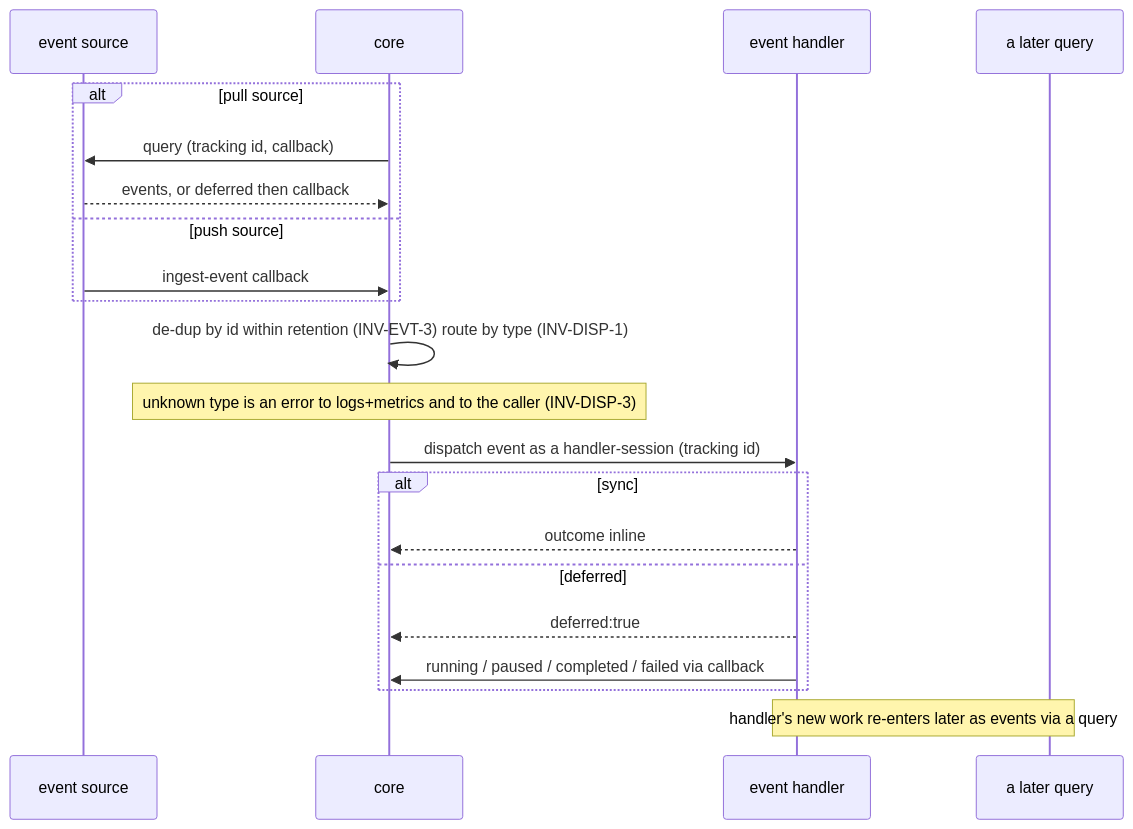
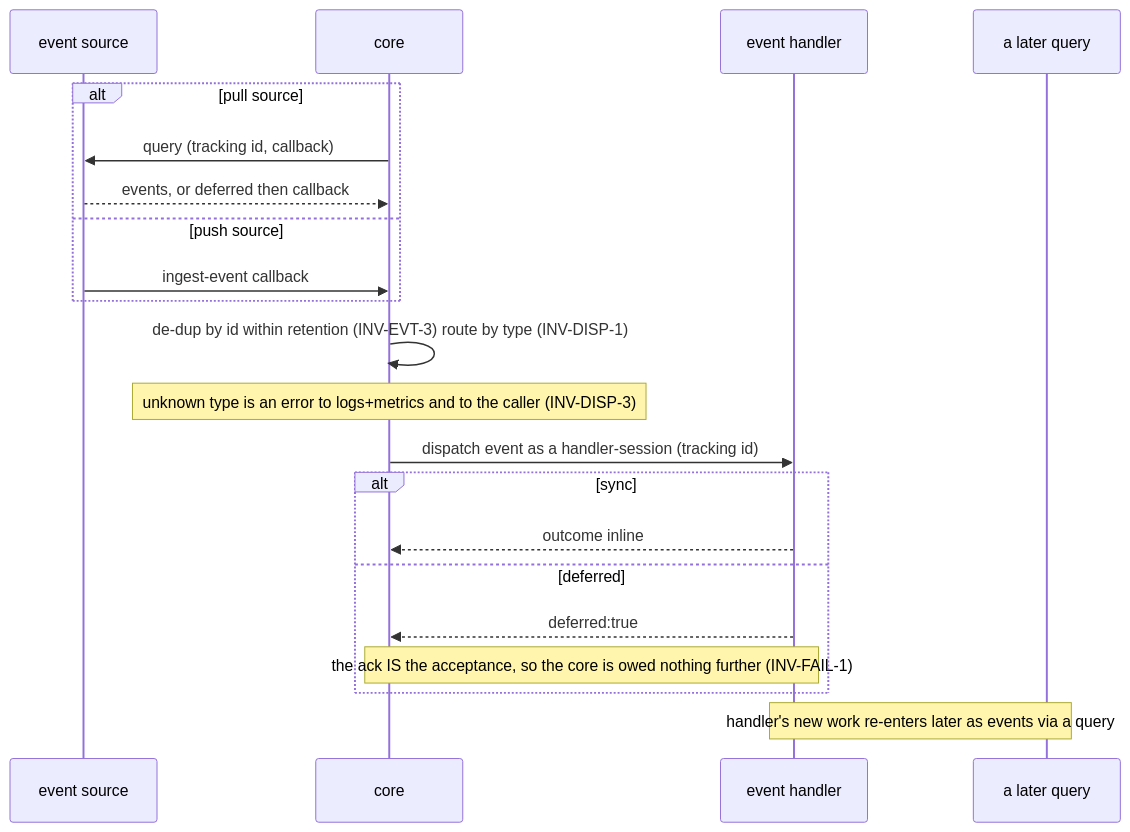
The seventh of 13 diagrams in packages/pr-pool/docs/behavior/journeys.md (phillipgreenii/nix-agent-support), drawn with Mermaid before and after one commit. The commit also changed other lines of this file and 5 other files, not shown here.

````diff
--- a/packages/pr-pool/docs/behavior/journeys.md
+++ b/packages/pr-pool/docs/behavior/journeys.md
@@ -307,23 +310,23 @@
 ```mermaid
 sequenceDiagram
     participant SRC as event source
     participant CORE as core
     participant HDL as event handler
     participant Q as a later query
     alt pull source
         CORE->>SRC: query (tracking id, callback)
         SRC-->>CORE: events, or deferred then callback
     else push source
         SRC->>CORE: ingest-event callback
     end
     CORE->>CORE: de-dup by id within retention (INV-EVT-3) route by type (INV-DISP-1)
     Note over CORE: unknown type is an error to logs+metrics and to the caller (INV-DISP-3)
     CORE->>HDL: dispatch event as a handler-session (tracking id)
     alt sync
         HDL-->>CORE: outcome inline
     else deferred
         HDL-->>CORE: deferred:true
-        HDL->>CORE: running / paused / completed / failed via callback
+        Note over CORE,HDL: the ack IS the acceptance, so the core is owed nothing further (INV-FAIL-1)
     end
     Note over HDL,Q: handler's new work re-enters later as events via a query
 ```
````
